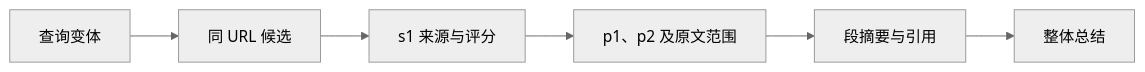
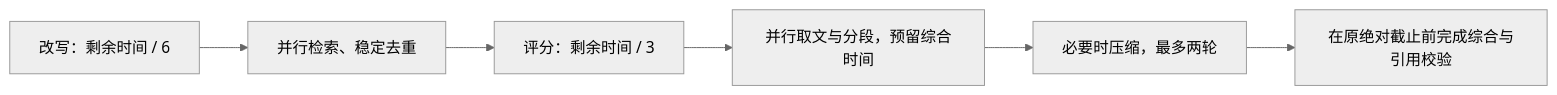
The fourth of 5 diagrams in docs/plan1/03-search-pipeline.md (Minecodex/OpenAgentSearch), drawn with Mermaid (neutral theme) before and after one commit. The commit also changed other lines of this file and 276 other files, not shown here.

````diff
--- a/docs/plan1/03-search-pipeline.md
+++ b/docs/plan1/03-search-pipeline.md
@@ -106,8 +95,8 @@
 ```mermaid
 flowchart LR
-    V["查询变体"] --> H["同 URL 候选"]
-    H --> S["s1 来源与评分"]
-    S --> P["p1、p2 及原文范围"]
-    P --> C["段摘要与引用"]
-    C --> A["整体总结"]
+    R["改写：剩余时间 / 6"] --> Q["并行检索、稳定去重"]
+    Q --> S["评分：剩余时间 / 3"]
+    S --> P["并行取文与分段，预留综合时间"]
+    P --> C["必要时压缩，最多两轮"]
+    C --> F["在原绝对截止前完成综合与引用校验"]
 ```
````
